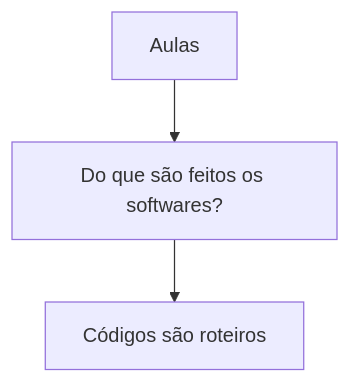
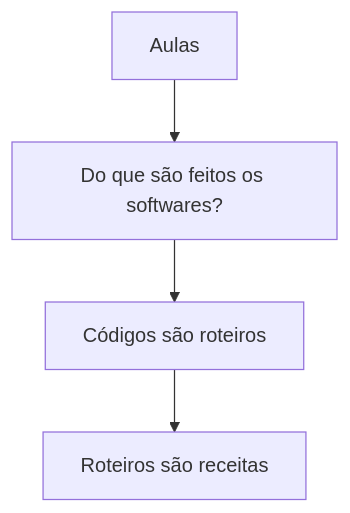
One commit to laerciogermano/workstation changed the diagram in aulas/README.md. Above: the diagram before and after it, drawn with Mermaid. The commit also changed other lines of this file and 3 other files, not shown here.

Commit message:
Adiciona seção Roteiros são receitas e artigos da árvore de aulas.

````diff
--- a/aulas/README.md
+++ b/aulas/README.md
@@ -5,8 +5,10 @@
 ```mermaid
 flowchart TD
   A[Aulas]
   B[Do que são feitos os softwares?]
   C[Códigos são roteiros]
+  D[Roteiros são receitas]
   A --> B
   B --> C
+  C --> D
 ```
````
